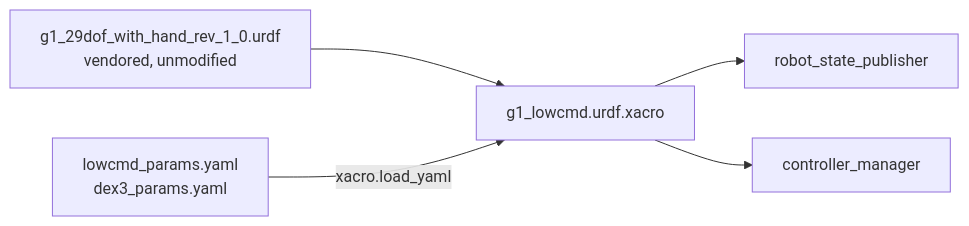
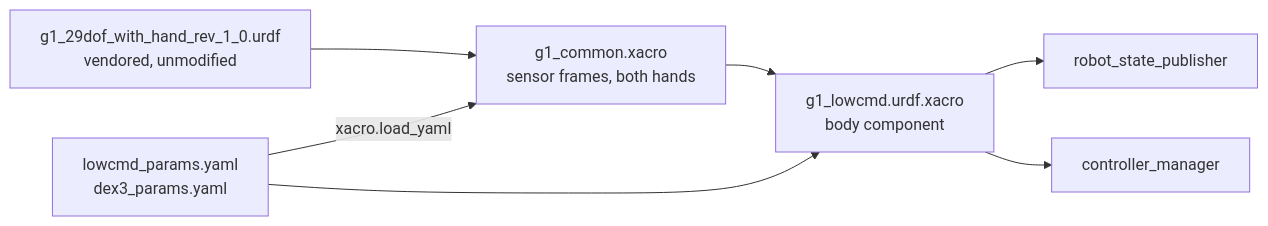
The diagram in workspace/src/g1_description/README.md (Adyansh04/grove-g1), drawn with Mermaid before and after one commit. The commit also changed other lines of this file and 20 other files, not shown here.

Commit message:
Refresh the READMEs and the architecture diagram for the lowcmd stack

````diff
--- a/workspace/src/g1_description/README.md
+++ b/workspace/src/g1_description/README.md
@@ -8,7 +8,9 @@
 ```mermaid
 flowchart LR
-    V["g1_29dof_with_hand_rev_1_0.urdf<br/>vendored, unmodified"] --> X
-    P["lowcmd_params.yaml<br/>dex3_params.yaml"] -- "xacro.load_yaml" --> X
-    X["g1_lowcmd.urdf.xacro"] --> RSP["robot_state_publisher"]
+    V["g1_29dof_with_hand_rev_1_0.urdf<br/>vendored, unmodified"] --> C
+    C["g1_common.xacro<br/>sensor frames, both hands"] --> X["g1_lowcmd.urdf.xacro<br/>body component"]
+    P["lowcmd_params.yaml<br/>dex3_params.yaml"] -- "xacro.load_yaml" --> C
+    P --> X
+    X --> RSP["robot_state_publisher"]
     X --> CM["controller_manager"]
 ```
````
